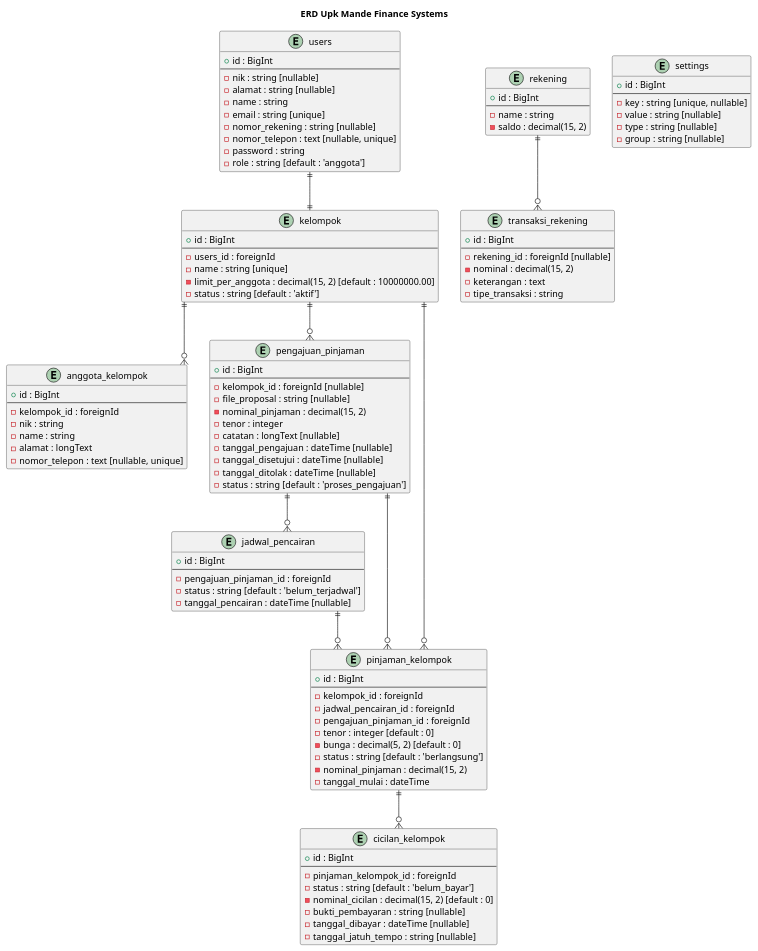
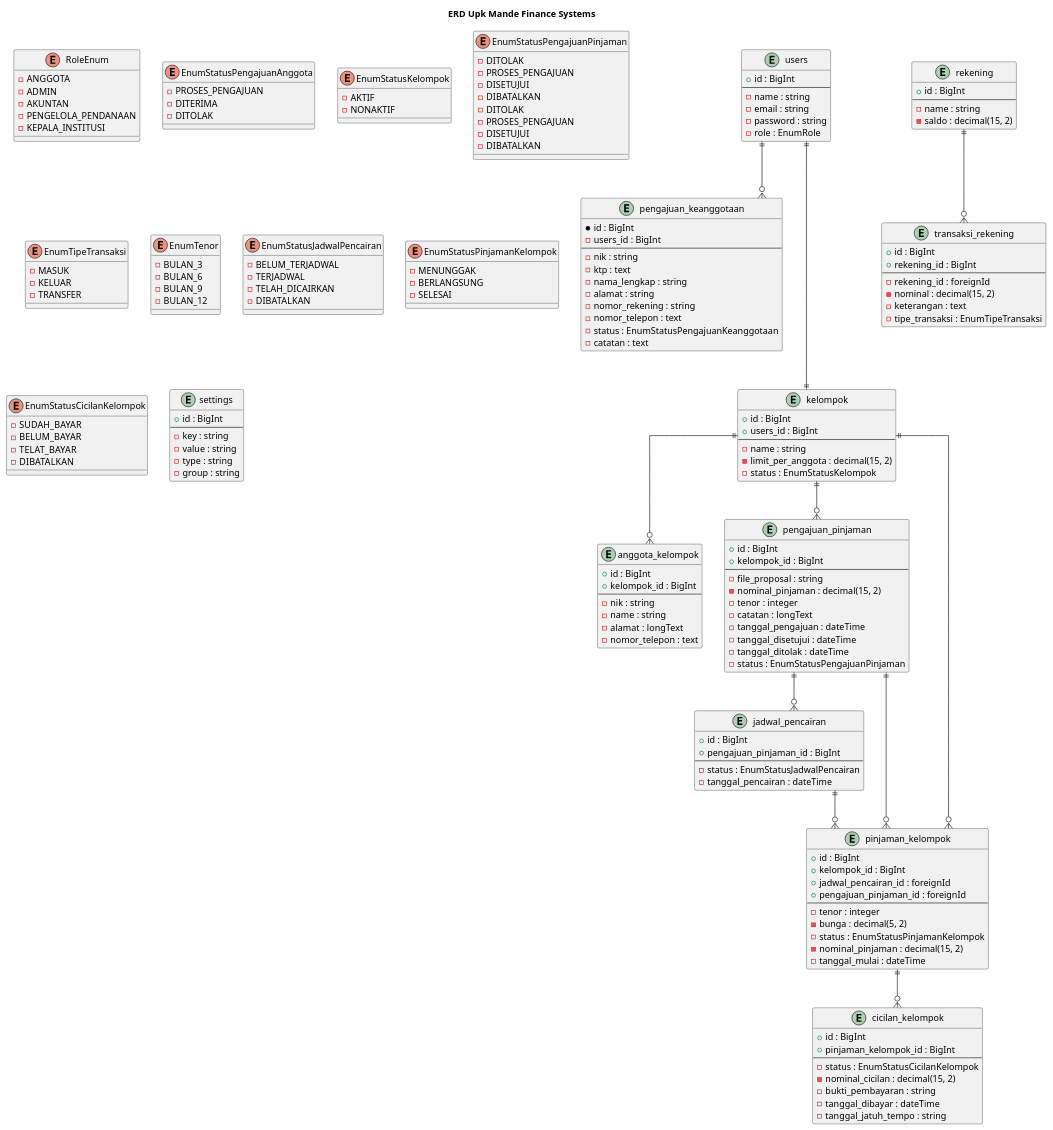
Before and after one commit to fpbismyname/upk-mande-finance-system-web: the diagram in docs/erd/upk_mande_erd.puml, drawn with PlantUML. The commit also changed 93 other files, not shown here.

```diff
--- a/docs/erd/upk_mande_erd.puml
+++ b/docs/erd/upk_mande_erd.puml
@@ -2,19 +2,105 @@
 
 title ERD Upk Mande Finance Systems
 
+!pragma layout graphviz
 skinparam linetype ortho
 
+
+' ==============
+' Enum          
+' ==============
+
+enum RoleEnum{
+  -ANGGOTA
+  -ADMIN
+  -AKUNTAN
+  -PENGELOLA_PENDANAAN
+  -KEPALA_INSTITUSI
+}
+
+enum EnumStatusPengajuanAnggota{
+  -PROSES_PENGAJUAN
+  -DITERIMA
+  -DITOLAK
+}
+
+enum EnumStatusKelompok{
+  -AKTIF
+  -NONAKTIF
+}
+
+enum EnumStatusPengajuanPinjaman{
+  -DITOLAK
+  -PROSES_PENGAJUAN
+  -DISETUJUI
+  -DIBATALKAN
+}
+
+enum EnumStatusPengajuanPinjaman{
+  -DITOLAK
+  -PROSES_PENGAJUAN
+  -DISETUJUI
+  -DIBATALKAN
+}
+
+enum EnumTipeTransaksi{
+  -MASUK
+  -KELUAR
+  -TRANSFER
+}
+
+enum EnumTenor{
+  -BULAN_3
+  -BULAN_6
+  -BULAN_9
+  -BULAN_12
+}
+
+enum EnumStatusJadwalPencairan{
+  -BELUM_TERJADWAL
+  -TERJADWAL
+  -TELAH_DICAIRKAN
+  -DIBATALKAN
+}
+
+enum EnumStatusPinjamanKelompok{
+  -MENUNGGAK
+  -BERLANGSUNG
+  -SELESAI
+}
+
+enum EnumStatusCicilanKelompok{
+  -SUDAH_BAYAR
+  -BELUM_BAYAR
+  -TELAT_BAYAR
+  -DIBATALKAN
+}
+
+
+' ==============
+' Tables        
+' ==============
 entity "users" {
   + id : BigInt
   --
-  -nik : string [nullable]
-  -alamat : string [nullable]
   -name : string
-  -email : string [unique]
-  -nomor_rekening : string [nullable]
-  -nomor_telepon : text [nullable, unique]
+  -email : string
   -password : string
-  -role : string [default : 'anggota']
+  -role : EnumRole
+}
+
+entity pengajuan_keanggotaan{
+  * id : BigInt
+  - users_id : BigInt
+  --
+  -nik : string
+  -ktp : text
+  -nama_lengkap : string
+  -alamat : string
+  -nomor_rekening : string
+  -nomor_telepon : text
+  -status : EnumStatusPengajuanKeanggotaan
+  -catatan : text
 }
 
 entity "rekening" {
@@ -26,88 +112,90 @@
 
 entity "transaksi_rekening" {
   + id : BigInt
+  + rekening_id : BigInt
   --
-  -rekening_id : foreignId [nullable]
+  -rekening_id : foreignId
   -nominal : decimal(15, 2)
   -keterangan : text
-  -tipe_transaksi : string
+  -tipe_transaksi : EnumTipeTransaksi
 }
 
 entity "kelompok" {
   + id : BigInt
+  + users_id : BigInt
   --
-  -users_id : foreignId
-  -name : string [unique]
-  -limit_per_anggota : decimal(15, 2) [default : 10000000.00]
-  -status : string [default : 'aktif']
+  -name : string
+  -limit_per_anggota : decimal(15, 2)
+  -status : EnumStatusKelompok
 }
 
 entity "anggota_kelompok" {
   + id : BigInt
+  + kelompok_id : BigInt
   --
-  -kelompok_id : foreignId
   -nik : string
   -name : string
   -alamat : longText
-  -nomor_telepon : text [nullable, unique]
+  -nomor_telepon : text
 }
 
 entity "pengajuan_pinjaman" {
   + id : BigInt
+  + kelompok_id : BigInt
   --
-  -kelompok_id : foreignId [nullable]
-  -file_proposal : string [nullable]
+  -file_proposal : string
   -nominal_pinjaman : decimal(15, 2)
   -tenor : integer
-  -catatan : longText [nullable]
-  -tanggal_pengajuan : dateTime [nullable]
-  -tanggal_disetujui : dateTime [nullable]
-  -tanggal_ditolak : dateTime [nullable]
-  -status : string [default : 'proses_pengajuan']
+  -catatan : longText
+  -tanggal_pengajuan : dateTime
+  -tanggal_disetujui : dateTime
+  -tanggal_ditolak : dateTime
+  -status : EnumStatusPengajuanPinjaman
 }
 
 entity "jadwal_pencairan" {
   + id : BigInt
+  + pengajuan_pinjaman_id : BigInt
   --
-  -pengajuan_pinjaman_id : foreignId
-  -status : string [default : 'belum_terjadwal']
-  -tanggal_pencairan : dateTime [nullable]
+  -status : EnumStatusJadwalPencairan
+  -tanggal_pencairan : dateTime
 }
 
 entity "pinjaman_kelompok" {
   + id : BigInt
+  + kelompok_id : BigInt
+  + jadwal_pencairan_id : foreignId
+  + pengajuan_pinjaman_id : foreignId
   --
-  -kelompok_id : foreignId
-  -jadwal_pencairan_id : foreignId
-  -pengajuan_pinjaman_id : foreignId
-  -tenor : integer [default : 0]
-  -bunga : decimal(5, 2) [default : 0]
-  -status : string [default : 'berlangsung']
+  -tenor : integer
+  -bunga : decimal(5, 2)
+  -status : EnumStatusPinjamanKelompok
   -nominal_pinjaman : decimal(15, 2)
   -tanggal_mulai : dateTime
 }
 
 entity "cicilan_kelompok" {
   + id : BigInt
+  + pinjaman_kelompok_id : BigInt
   --
-  -pinjaman_kelompok_id : foreignId
-  -status : string [default : 'belum_bayar']
-  -nominal_cicilan : decimal(15, 2) [default : 0]
-  -bukti_pembayaran : string [nullable]
-  -tanggal_dibayar : dateTime [nullable]
-  -tanggal_jatuh_tempo : string [nullable]
+  -status : EnumStatusCicilanKelompok
+  -nominal_cicilan : decimal(15, 2)
+  -bukti_pembayaran : string
+  -tanggal_dibayar : dateTime
+  -tanggal_jatuh_tempo : string
 }
 
 entity "settings" {
   + id : BigInt
   --
-  -key : string [unique, nullable]
-  -value : string [nullable]
-  -type : string [nullable]
-  -group : string [nullable]
+  -key : string
+  -value : string
+  -type : string
+  -group : string
 }
 
-users ||--|| kelompok
+users ||---|| kelompok
+users ||--o{ pengajuan_keanggotaan
 
 rekening ||--o{ transaksi_rekening
 
@@ -119,6 +207,6 @@
 pengajuan_pinjaman ||--o{ pinjaman_kelompok
 
 jadwal_pencairan ||--o{ pinjaman_kelompok
+pinjaman_kelompok ||--o{ cicilan_kelompok
 
-pinjaman_kelompok ||--o{ cicilan_kelompok
 @enduml
```
